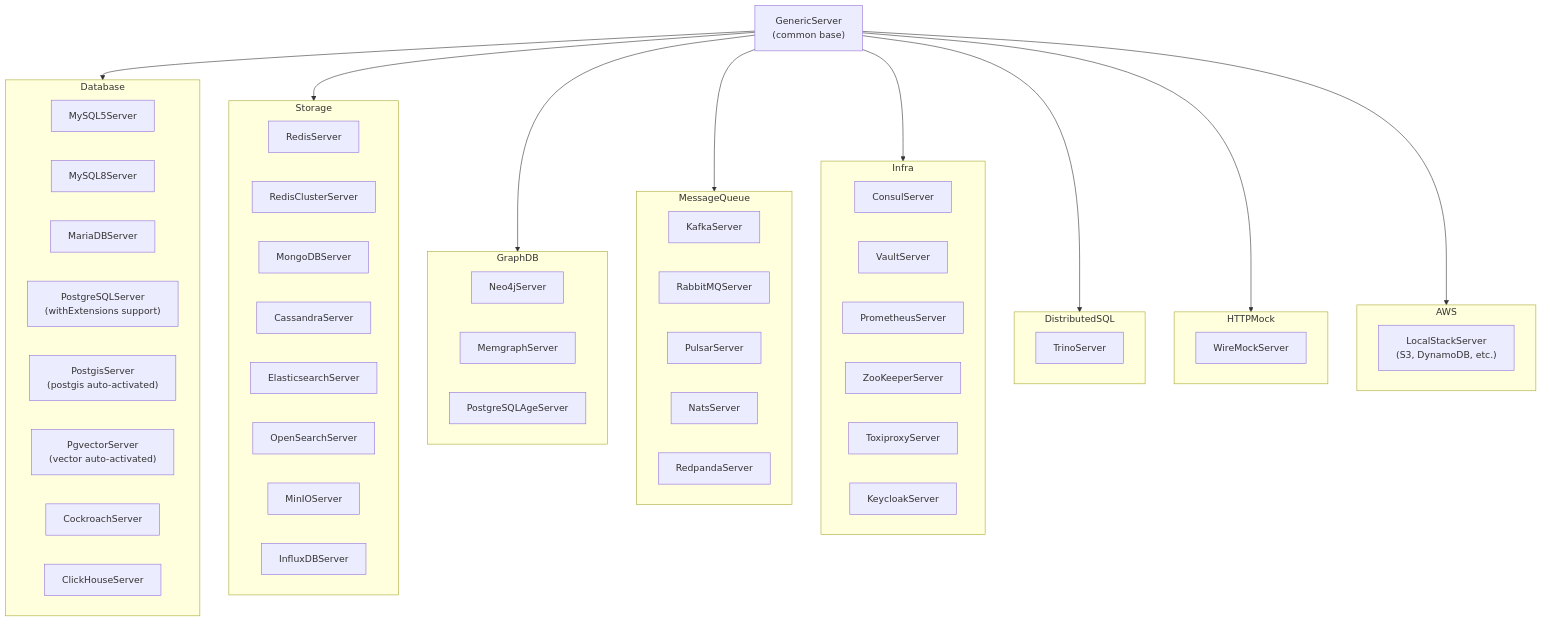
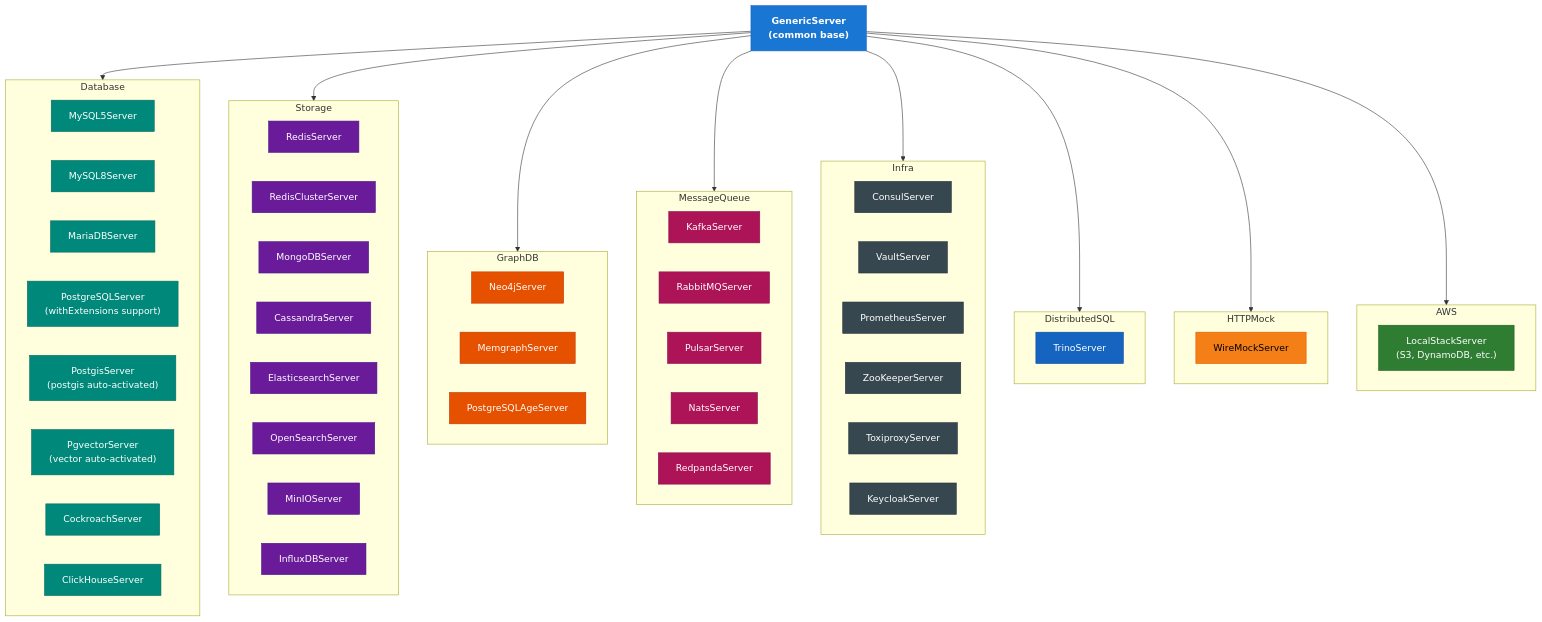
One commit to bluetape4k/bluetape4k-projects changed the third of 4 diagrams in testing/testcontainers/README.md. Above: the diagram before and after it, drawn with Mermaid. The commit also changed other lines of this file and 221 other files, not shown here.

First line of the commit message:
docs: 전체 모듈 README UML 다이어그램 보강 및 색상 업그레이드

````diff
--- a/testing/testcontainers/README.md
+++ b/testing/testcontainers/README.md
@@ -152,4 +169,24 @@
     GS --> DistributedSQL
     GS --> HTTPMock
     GS --> AWS
+
+    classDef baseStyle fill:#1976D2,stroke:#1565C0,color:#FFFFFF,font-weight:bold
+    classDef dbStyle fill:#00897B,stroke:#00695C,color:#FFFFFF
+    classDef storageStyle fill:#6A1B9A,stroke:#4A148C,color:#FFFFFF
+    classDef graphStyle fill:#E65100,stroke:#BF360C,color:#FFFFFF
+    classDef mqStyle fill:#AD1457,stroke:#880E4F,color:#FFFFFF
+    classDef infraStyle fill:#37474F,stroke:#263238,color:#FFFFFF
+    classDef sqlStyle fill:#1565C0,stroke:#0D47A1,color:#FFFFFF
+    classDef mockStyle fill:#F57F17,stroke:#E65100,color:#000000
+    classDef awsStyle fill:#2E7D32,stroke:#1B5E20,color:#FFFFFF
+
+    class GS baseStyle
+    class MY5,MY8,MA,PG,PGS,PGV,CR,CH dbStyle
+    class RD,RDC,MGO,CS,ES,OS,MN,IFL storageStyle
+    class NJ,MG,PA graphStyle
+    class KF,RB,PL,NT,RP mqStyle
+    class CN,VT,PR,ZK,TX,KC infraStyle
+    class TR sqlStyle
+    class WM mockStyle
+    class LS awsStyle
 ```
````
